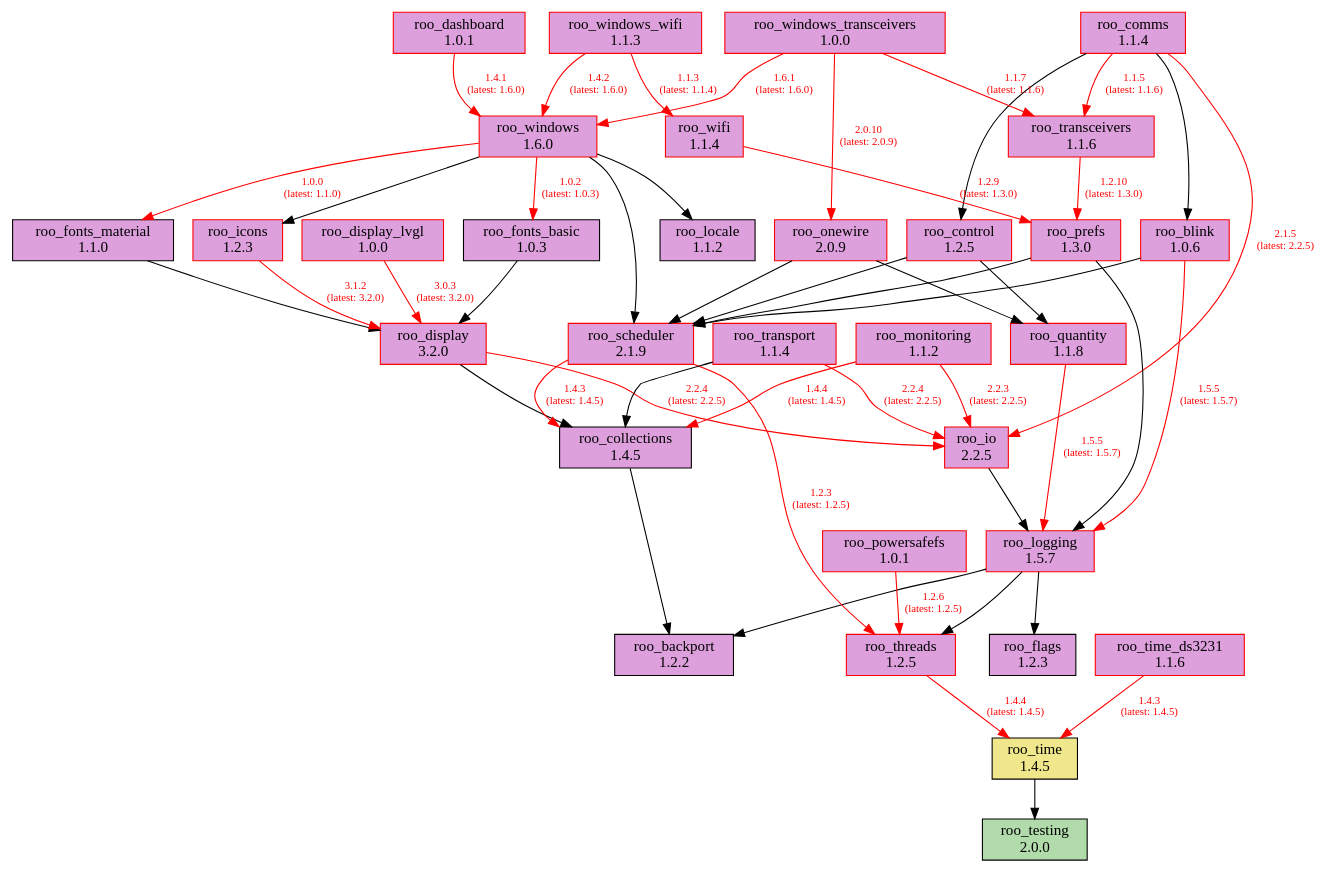
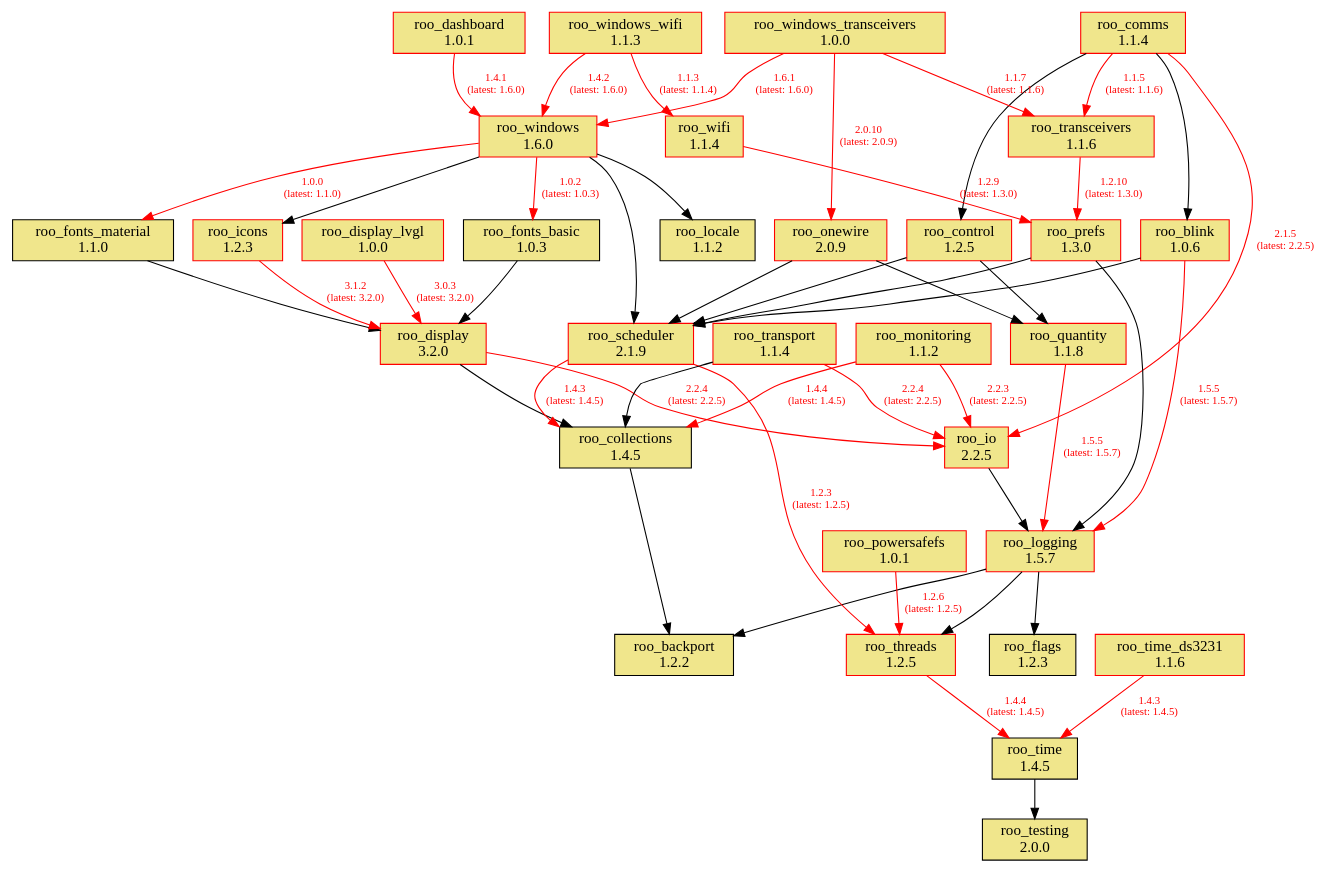
The diagram in doc/dependencies.dot (dejwk/roo-registry), drawn with Graphviz before and after one commit. The commit also changed 1 other file, not shown here.

Commit message:
Updated dependency graph.

```diff
--- a/doc/dependencies.dot
+++ b/doc/dependencies.dot
@@ -1,87 +1,87 @@
 digraph dependencies {
     rankdir=TB;
     node [shape=box, style=filled];
     edge [fontsize=10];
 
     // Modules
-    "roo_backport" [label="roo_backport\n1.2.2", fillcolor="plum", color="black"];
-    "roo_blink" [label="roo_blink\n1.0.6", fillcolor="plum", color="red"];
-    "roo_collections" [label="roo_collections\n1.4.5", fillcolor="plum", color="black"];
-    "roo_comms" [label="roo_comms\n1.1.4", fillcolor="plum", color="red"];
-    "roo_control" [label="roo_control\n1.2.5", fillcolor="plum", color="red"];
-    "roo_dashboard" [label="roo_dashboard\n1.0.1", fillcolor="plum", color="red"];
-    "roo_display" [label="roo_display\n3.2.0", fillcolor="plum", color="red"];
-    "roo_display_lvgl" [label="roo_display_lvgl\n1.0.0", fillcolor="plum", color="red"];
-    "roo_flags" [label="roo_flags\n1.2.3", fillcolor="plum", color="black"];
-    "roo_fonts_basic" [label="roo_fonts_basic\n1.0.3", fillcolor="plum", color="black"];
-    "roo_fonts_material" [label="roo_fonts_material\n1.1.0", fillcolor="plum", color="black"];
-    "roo_icons" [label="roo_icons\n1.2.3", fillcolor="plum", color="red"];
-    "roo_io" [label="roo_io\n2.2.5", fillcolor="plum", color="red"];
-    "roo_locale" [label="roo_locale\n1.1.2", fillcolor="plum", color="black"];
-    "roo_logging" [label="roo_logging\n1.5.7", fillcolor="plum", color="red"];
-    "roo_monitoring" [label="roo_monitoring\n1.1.2", fillcolor="plum", color="red"];
-    "roo_onewire" [label="roo_onewire\n2.0.9", fillcolor="plum", color="red"];
-    "roo_powersafefs" [label="roo_powersafefs\n1.0.1", fillcolor="plum", color="red"];
-    "roo_prefs" [label="roo_prefs\n1.3.0", fillcolor="plum", color="red"];
-    "roo_quantity" [label="roo_quantity\n1.1.8", fillcolor="plum", color="red"];
-    "roo_scheduler" [label="roo_scheduler\n2.1.9", fillcolor="plum", color="red"];
-    "roo_testing" [label="roo_testing\n2.0.0", fillcolor="#b1dbab", color="black"];
-    "roo_threads" [label="roo_threads\n1.2.5", fillcolor="plum", color="red"];
+    "roo_backport" [label="roo_backport\n1.2.2", fillcolor="khaki", color="black"];
+    "roo_blink" [label="roo_blink\n1.0.6", fillcolor="khaki", color="red"];
+    "roo_collections" [label="roo_collections\n1.4.5", fillcolor="khaki", color="black"];
+    "roo_comms" [label="roo_comms\n1.1.4", fillcolor="khaki", color="red"];
+    "roo_control" [label="roo_control\n1.2.5", fillcolor="khaki", color="red"];
+    "roo_dashboard" [label="roo_dashboard\n1.0.1", fillcolor="khaki", color="red"];
+    "roo_display" [label="roo_display\n3.2.0", fillcolor="khaki", color="red"];
+    "roo_display_lvgl" [label="roo_display_lvgl\n1.0.0", fillcolor="khaki", color="red"];
+    "roo_flags" [label="roo_flags\n1.2.3", fillcolor="khaki", color="black"];
+    "roo_fonts_basic" [label="roo_fonts_basic\n1.0.3", fillcolor="khaki", color="black"];
+    "roo_fonts_material" [label="roo_fonts_material\n1.1.0", fillcolor="khaki", color="black"];
+    "roo_icons" [label="roo_icons\n1.2.3", fillcolor="khaki", color="red"];
+    "roo_io" [label="roo_io\n2.2.5", fillcolor="khaki", color="red"];
+    "roo_locale" [label="roo_locale\n1.1.2", fillcolor="khaki", color="black"];
+    "roo_logging" [label="roo_logging\n1.5.7", fillcolor="khaki", color="red"];
+    "roo_monitoring" [label="roo_monitoring\n1.1.2", fillcolor="khaki", color="red"];
+    "roo_onewire" [label="roo_onewire\n2.0.9", fillcolor="khaki", color="red"];
+    "roo_powersafefs" [label="roo_powersafefs\n1.0.1", fillcolor="khaki", color="red"];
+    "roo_prefs" [label="roo_prefs\n1.3.0", fillcolor="khaki", color="red"];
+    "roo_quantity" [label="roo_quantity\n1.1.8", fillcolor="khaki", color="red"];
+    "roo_scheduler" [label="roo_scheduler\n2.1.9", fillcolor="khaki", color="red"];
+    "roo_testing" [label="roo_testing\n2.0.0", fillcolor="khaki", color="black"];
+    "roo_threads" [label="roo_threads\n1.2.5", fillcolor="khaki", color="red"];
     "roo_time" [label="roo_time\n1.4.5", fillcolor="khaki", color="black"];
-    "roo_time_ds3231" [label="roo_time_ds3231\n1.1.6", fillcolor="plum", color="red"];
-    "roo_transceivers" [label="roo_transceivers\n1.1.6", fillcolor="plum", color="red"];
-    "roo_transport" [label="roo_transport\n1.1.4", fillcolor="plum", color="red"];
-    "roo_wifi" [label="roo_wifi\n1.1.4", fillcolor="plum", color="red"];
-    "roo_windows" [label="roo_windows\n1.6.0", fillcolor="plum", color="red"];
-    "roo_windows_transceivers" [label="roo_windows_transceivers\n1.0.0", fillcolor="plum", color="red"];
-    "roo_windows_wifi" [label="roo_windows_wifi\n1.1.3", fillcolor="plum", color="red"];
+    "roo_time_ds3231" [label="roo_time_ds3231\n1.1.6", fillcolor="khaki", color="red"];
+    "roo_transceivers" [label="roo_transceivers\n1.1.6", fillcolor="khaki", color="red"];
+    "roo_transport" [label="roo_transport\n1.1.4", fillcolor="khaki", color="red"];
+    "roo_wifi" [label="roo_wifi\n1.1.4", fillcolor="khaki", color="red"];
+    "roo_windows" [label="roo_windows\n1.6.0", fillcolor="khaki", color="red"];
+    "roo_windows_transceivers" [label="roo_windows_transceivers\n1.0.0", fillcolor="khaki", color="red"];
+    "roo_windows_wifi" [label="roo_windows_wifi\n1.1.3", fillcolor="khaki", color="red"];
 
     // Dependencies
     "roo_blink" -> "roo_logging" [color=red, fontcolor=red, label="1.5.5\n(latest: 1.5.7)"];
     "roo_blink" -> "roo_scheduler";
     "roo_collections" -> "roo_backport";
     "roo_comms" -> "roo_blink";
     "roo_comms" -> "roo_control";
     "roo_comms" -> "roo_io" [color=red, fontcolor=red, label="2.1.5\n(latest: 2.2.5)"];
     "roo_comms" -> "roo_transceivers" [color=red, fontcolor=red, label="1.1.5\n(latest: 1.1.6)"];
     "roo_control" -> "roo_quantity";
     "roo_control" -> "roo_scheduler";
     "roo_dashboard" -> "roo_windows" [color=red, fontcolor=red, label="1.4.1\n(latest: 1.6.0)"];
     "roo_display" -> "roo_collections";
     "roo_display" -> "roo_io" [color=red, fontcolor=red, label="2.2.4\n(latest: 2.2.5)"];
     "roo_display_lvgl" -> "roo_display" [color=red, fontcolor=red, label="3.0.3\n(latest: 3.2.0)"];
     "roo_fonts_basic" -> "roo_display";
     "roo_fonts_material" -> "roo_display";
     "roo_icons" -> "roo_display" [color=red, fontcolor=red, label="3.1.2\n(latest: 3.2.0)"];
     "roo_io" -> "roo_logging";
     "roo_logging" -> "roo_backport";
     "roo_logging" -> "roo_flags";
     "roo_logging" -> "roo_threads";
     "roo_monitoring" -> "roo_collections" [color=red, fontcolor=red, label="1.4.4\n(latest: 1.4.5)"];
     "roo_monitoring" -> "roo_io" [color=red, fontcolor=red, label="2.2.3\n(latest: 2.2.5)"];
     "roo_onewire" -> "roo_scheduler";
     "roo_onewire" -> "roo_quantity";
     "roo_powersafefs" -> "roo_threads" [color=red, fontcolor=red, label="1.2.6\n(latest: 1.2.5)"];
     "roo_prefs" -> "roo_logging";
     "roo_prefs" -> "roo_scheduler";
     "roo_quantity" -> "roo_logging" [color=red, fontcolor=red, label="1.5.5\n(latest: 1.5.7)"];
     "roo_scheduler" -> "roo_collections" [color=red, fontcolor=red, label="1.4.3\n(latest: 1.4.5)"];
     "roo_scheduler" -> "roo_threads" [color=red, fontcolor=red, label="1.2.3\n(latest: 1.2.5)"];
     "roo_threads" -> "roo_time" [color=red, fontcolor=red, label="1.4.4\n(latest: 1.4.5)"];
     "roo_time" -> "roo_testing";
     "roo_time_ds3231" -> "roo_time" [color=red, fontcolor=red, label="1.4.3\n(latest: 1.4.5)"];
     "roo_transceivers" -> "roo_prefs" [color=red, fontcolor=red, label="1.2.10\n(latest: 1.3.0)"];
     "roo_transport" -> "roo_collections";
     "roo_transport" -> "roo_io" [color=red, fontcolor=red, label="2.2.4\n(latest: 2.2.5)"];
     "roo_wifi" -> "roo_prefs" [color=red, fontcolor=red, label="1.2.9\n(latest: 1.3.0)"];
     "roo_windows" -> "roo_fonts_basic" [color=red, fontcolor=red, label="1.0.2\n(latest: 1.0.3)"];
     "roo_windows" -> "roo_fonts_material" [color=red, fontcolor=red, label="1.0.0\n(latest: 1.1.0)"];
     "roo_windows" -> "roo_locale";
     "roo_windows" -> "roo_icons";
     "roo_windows" -> "roo_scheduler";
     "roo_windows_transceivers" -> "roo_onewire" [color=red, fontcolor=red, label="2.0.10\n(latest: 2.0.9)"];
     "roo_windows_transceivers" -> "roo_transceivers" [color=red, fontcolor=red, label="1.1.7\n(latest: 1.1.6)"];
     "roo_windows_transceivers" -> "roo_windows" [color=red, fontcolor=red, label="1.6.1\n(latest: 1.6.0)"];
     "roo_windows_wifi" -> "roo_wifi" [color=red, fontcolor=red, label="1.1.3\n(latest: 1.1.4)"];
     "roo_windows_wifi" -> "roo_windows" [color=red, fontcolor=red, label="1.4.2\n(latest: 1.6.0)"];
 }
```
